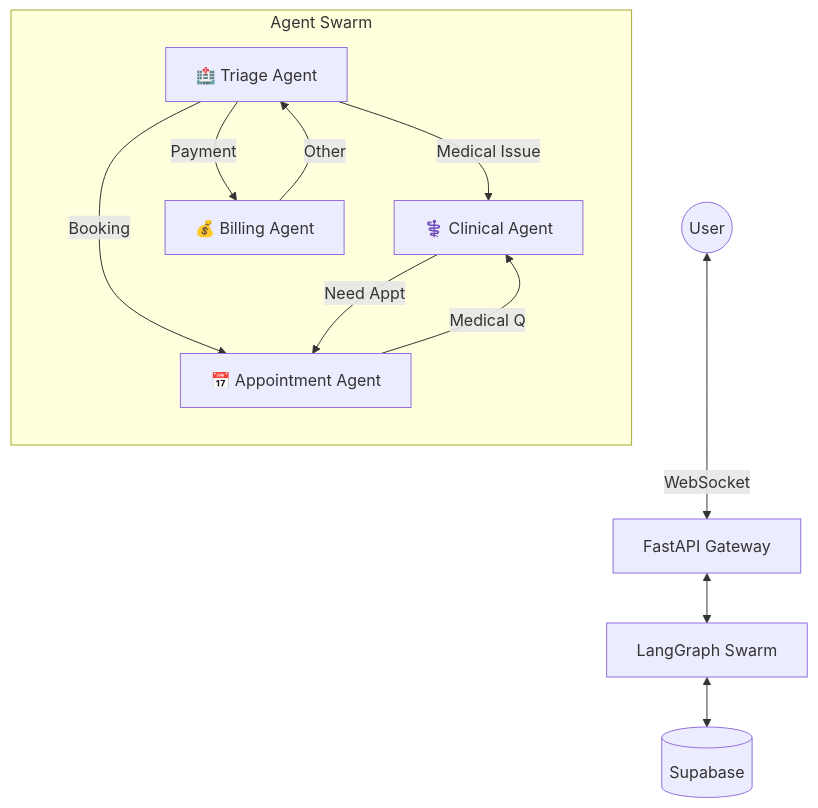
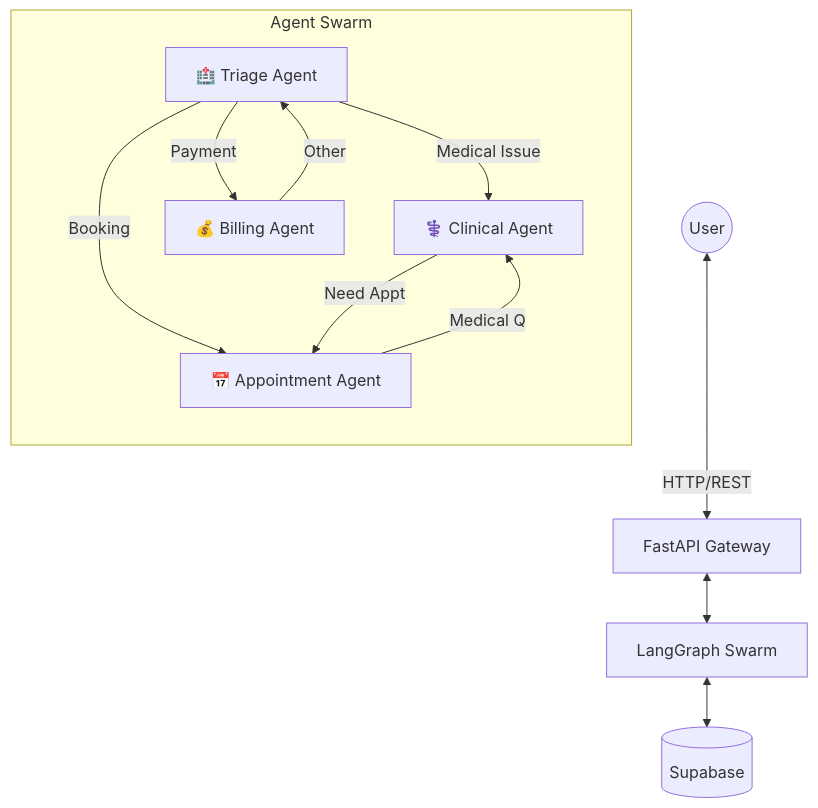
Before and after one commit to DebapriyoSaha/mediconnect-ai: the diagram in README.md, drawn with Mermaid. The commit also changed 1 other file, not shown here.

Commit message:
Update: Remove unused WebSocket code and add YouTube metadata

````diff
--- a/README.md
+++ b/README.md
@@ -46,24 +46,24 @@
 ```mermaid
 graph TD
-    User((User)) <--> |WebSocket| API[FastAPI Gateway]
+    User((User)) <--> |HTTP/REST| API[FastAPI Gateway]
     API <--> Swarm[LangGraph Swarm]
     
     subgraph "Agent Swarm"
         direction TB
         Triage[🏥 Triage Agent]
         Clinical[⚕️ Clinical Agent]
         Appt[📅 Appointment Agent]
         Billing[💰 Billing Agent]
         
         Triage -->|Medical Issue| Clinical
         Triage -->|Booking| Appt
         Triage -->|Payment| Billing
         
         Clinical -->|Need Appt| Appt
         Appt -->|Medical Q| Clinical
         
         Billing -->|Other| Triage
     end
     
     Swarm <--> DB[(Supabase)]
 ```
````
